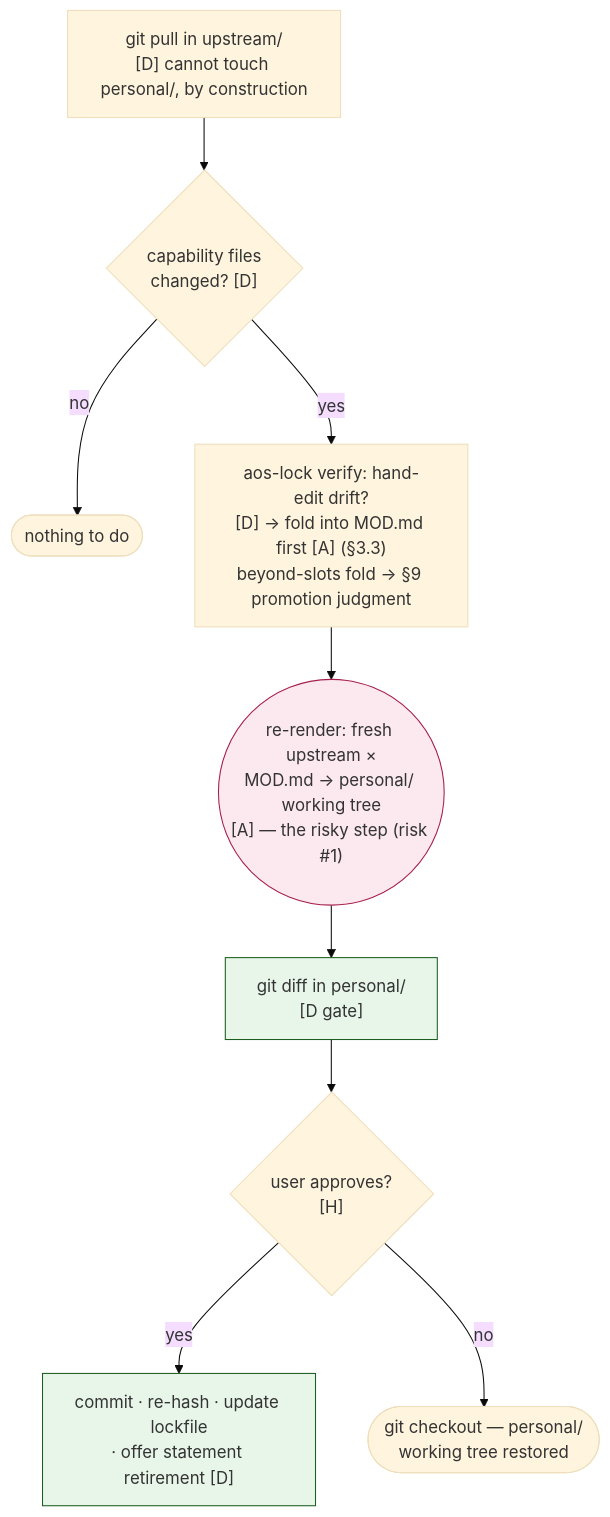
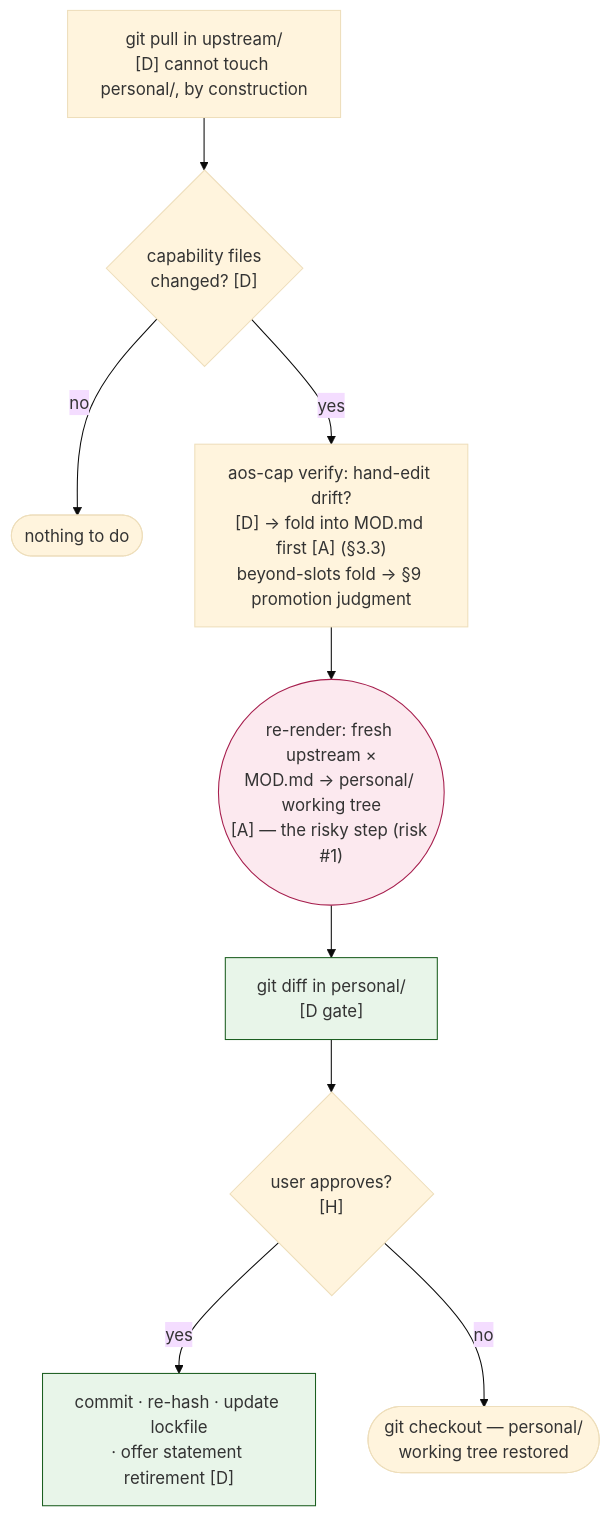
The second of 2 diagrams in design/install-flow.md (AlmogBaku/aos), drawn with Mermaid (base theme) before and after one commit. The commit also changed other lines of this file and 4 other files, not shown here.

First line of the commit message:
ARCHITECTURE: agents are named like skills, references are slots, and the fork was never ours to make

````diff
--- a/design/install-flow.md
+++ b/design/install-flow.md
@@ -63,15 +63,15 @@
 ```mermaid
 flowchart TB
     A["git pull in upstream/<br/>[D] cannot touch personal/, by construction"] --> B{"capability files<br/>changed? [D]"}
     B -->|no| Z(["nothing to do"])
-    B -->|yes| V["aos-lock verify: hand-edit drift?<br/>[D] → fold into MOD.md first [A] (§3.3)<br/>beyond-slots fold → §9 promotion judgment"]
+    B -->|yes| V["aos-cap verify: hand-edit drift?<br/>[D] → fold into MOD.md first [A] (§3.3)<br/>beyond-slots fold → §9 promotion judgment"]
     V --> M(("re-render: fresh upstream ×<br/>MOD.md → personal/ working tree<br/>[A] — the risky step (risk #1)"))
     M --> D["git diff in personal/<br/>[D gate]"]
     D --> Q{"user approves?<br/>[H]"}
     Q -->|yes| W["commit · re-hash · update lockfile<br/>· offer statement retirement [D]"]
     Q -->|no| K(["git checkout — personal/<br/>working tree restored"])
 
     style M fill:#FCE9EF,stroke:#A61E4D
     style D fill:#E8F5E9,stroke:#1B5E20
     style W fill:#E8F5E9,stroke:#1B5E20
 ```
````
